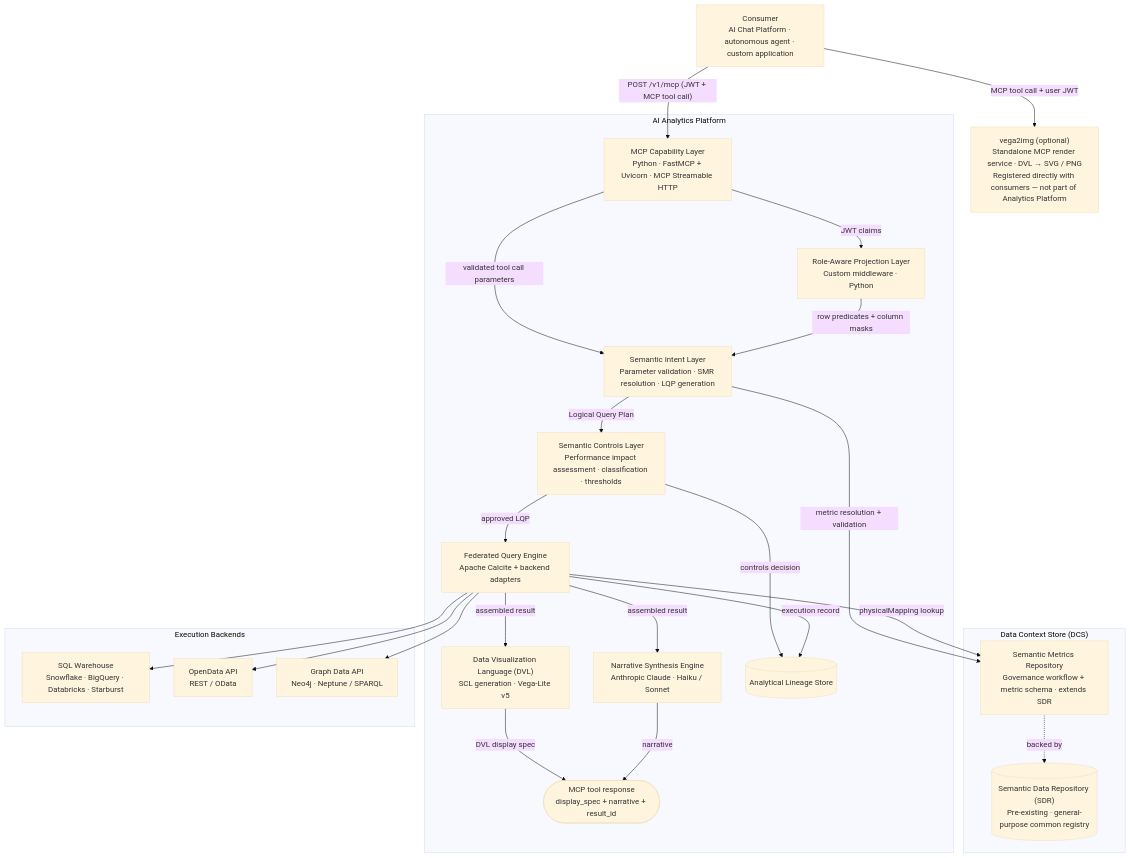
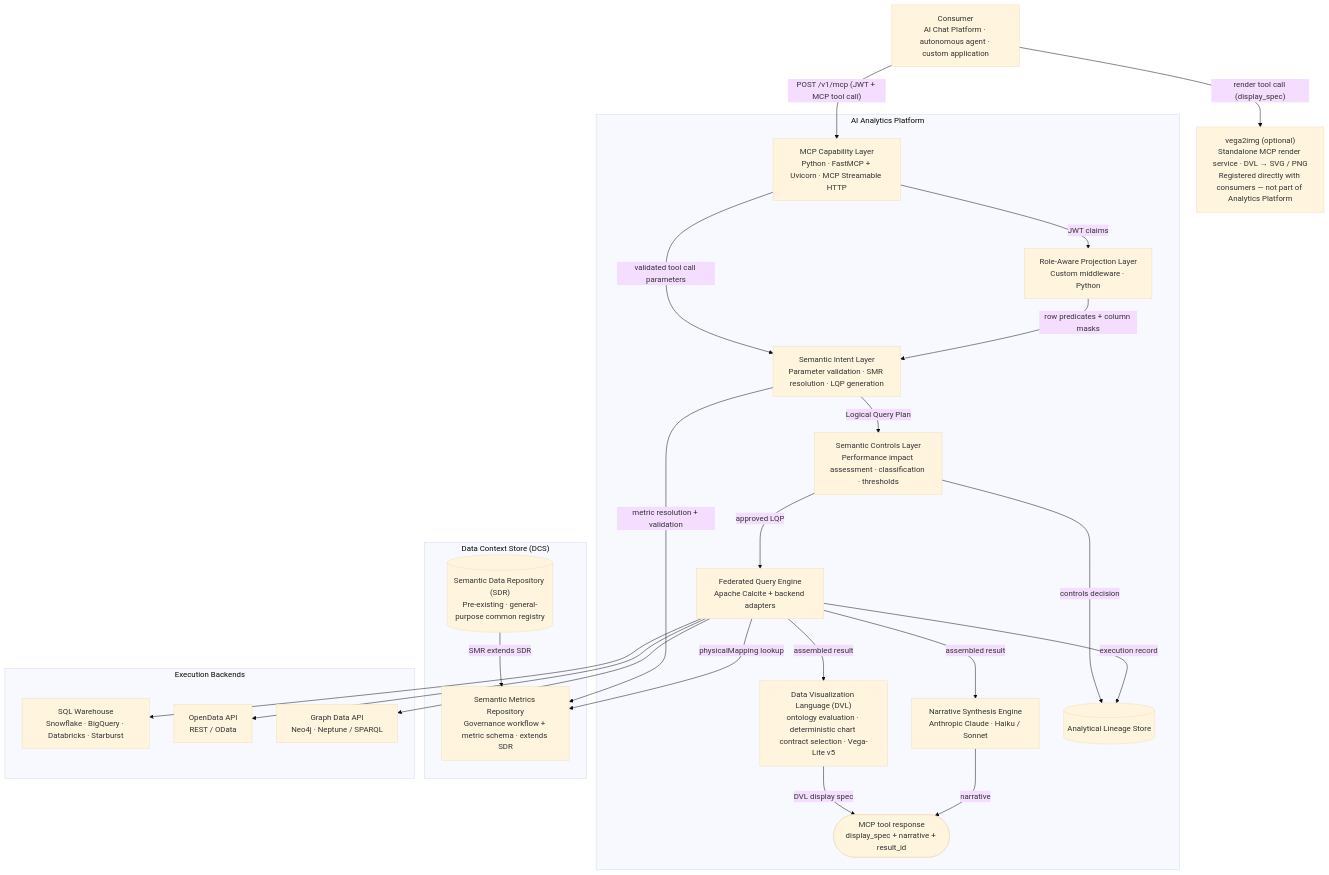
Before and after one commit to M-A-Operating-System/shared-work: the diagram in docs/product/analytics/04-technical-implementation.md, drawn with Mermaid (base theme). The commit also changed other lines of this file and 1 other file, not shown here.

First line of the commit message:
Ch04 architecture alignment and Ch03 park

````diff
--- a/docs/product/analytics/04-technical-implementation.md
+++ b/docs/product/analytics/04-technical-implementation.md
@@ -11,47 +11,47 @@
 ```mermaid
 flowchart TD
     Consumer["Consumer\nAI Chat Platform · autonomous agent · custom application"]
 
     subgraph analytics["AI Analytics Platform"]
         MCP["MCP Capability Layer\nPython · FastMCP + Uvicorn · MCP Streamable HTTP"]
         SIL["Semantic Intent Layer\nParameter validation · SMR resolution · LQP generation"]
         RAPL["Role-Aware Projection Layer\nCustom middleware · Python"]
         SCL["Semantic Controls Layer\nPerformance impact assessment · classification · thresholds"]
         FQE["Federated Query Engine\nApache Calcite + backend adapters"]
-        DVL["Data Visualization Language (DVL)\nSCL generation · Vega-Lite v5"]
+        DVL["Data Visualization Language (DVL)\nontology evaluation · deterministic chart contract selection · Vega-Lite v5"]
         NSE["Narrative Synthesis Engine\nAnthropic Claude · Haiku / Sonnet"]
         LS[("Analytical Lineage Store")]
         Result(["MCP tool response\ndisplay_spec + narrative + result_id"])
     end
 
     vega2img["vega2img (optional)\nStandalone MCP render service · DVL → SVG / PNG\nRegistered directly with consumers — not part of Analytics Platform"]
 
     subgraph dcs["Data Context Store (DCS)"]
         SMR["Semantic Metrics Repository\nGovernance workflow + metric schema · extends SDR"]
         SDR[("Semantic Data Repository (SDR)\nPre-existing · general-purpose common registry")]
-        SMR -. backed by .-> SDR
+        SDR -->|"SMR extends SDR"| SMR
     end
 
     subgraph backends["Execution Backends"]
         SQL["SQL Warehouse\nSnowflake · BigQuery · Databricks · Starburst"]
         ODA["OpenData API\nREST / OData"]
         GDA["Graph Data API\nNeo4j · Neptune / SPARQL"]
     end
 
     Consumer -->|"POST /v1/mcp (JWT + MCP tool call)"| MCP
-    Consumer -->|"MCP tool call + user JWT"| vega2img
+    Consumer -->|"render tool call (display_spec)"| vega2img
     MCP -->|"validated tool call parameters"| SIL
     MCP -->|"JWT claims"| RAPL
     RAPL -->|"row predicates + column masks"| SIL
     SIL -->|"metric resolution + validation"| SMR
     SIL -->|"Logical Query Plan"| SCL
     SCL -->|"approved LQP"| FQE
     SCL -->|"controls decision"| LS
     FQE -->|"physicalMapping lookup"| SMR
     FQE --> SQL & ODA & GDA
     FQE -->|"execution record"| LS
     FQE -->|"assembled result"| DVL
     FQE -->|"assembled result"| NSE
     DVL -->|"DVL display spec"| Result
     NSE -->|"narrative"| Result
 ```
````
